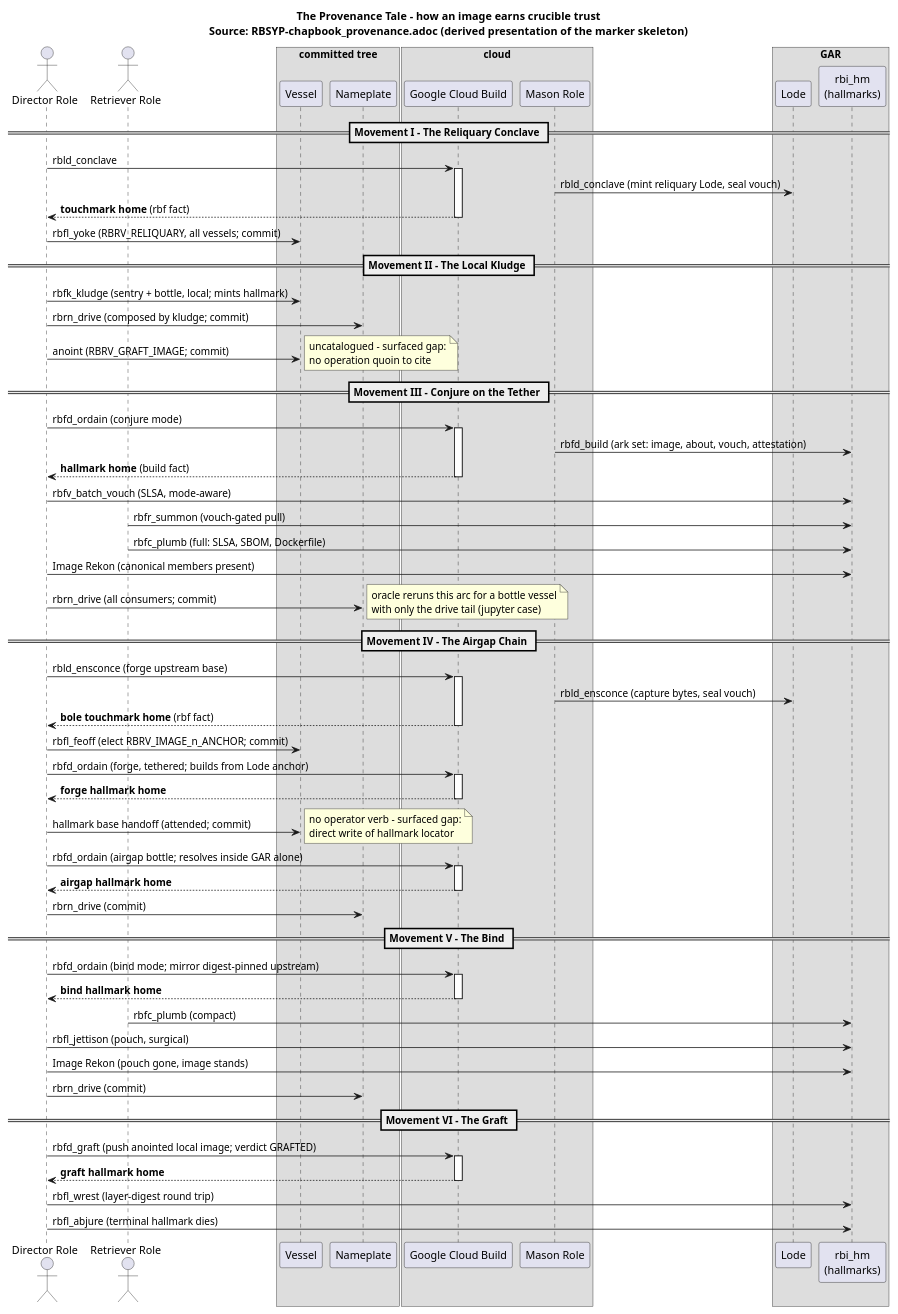
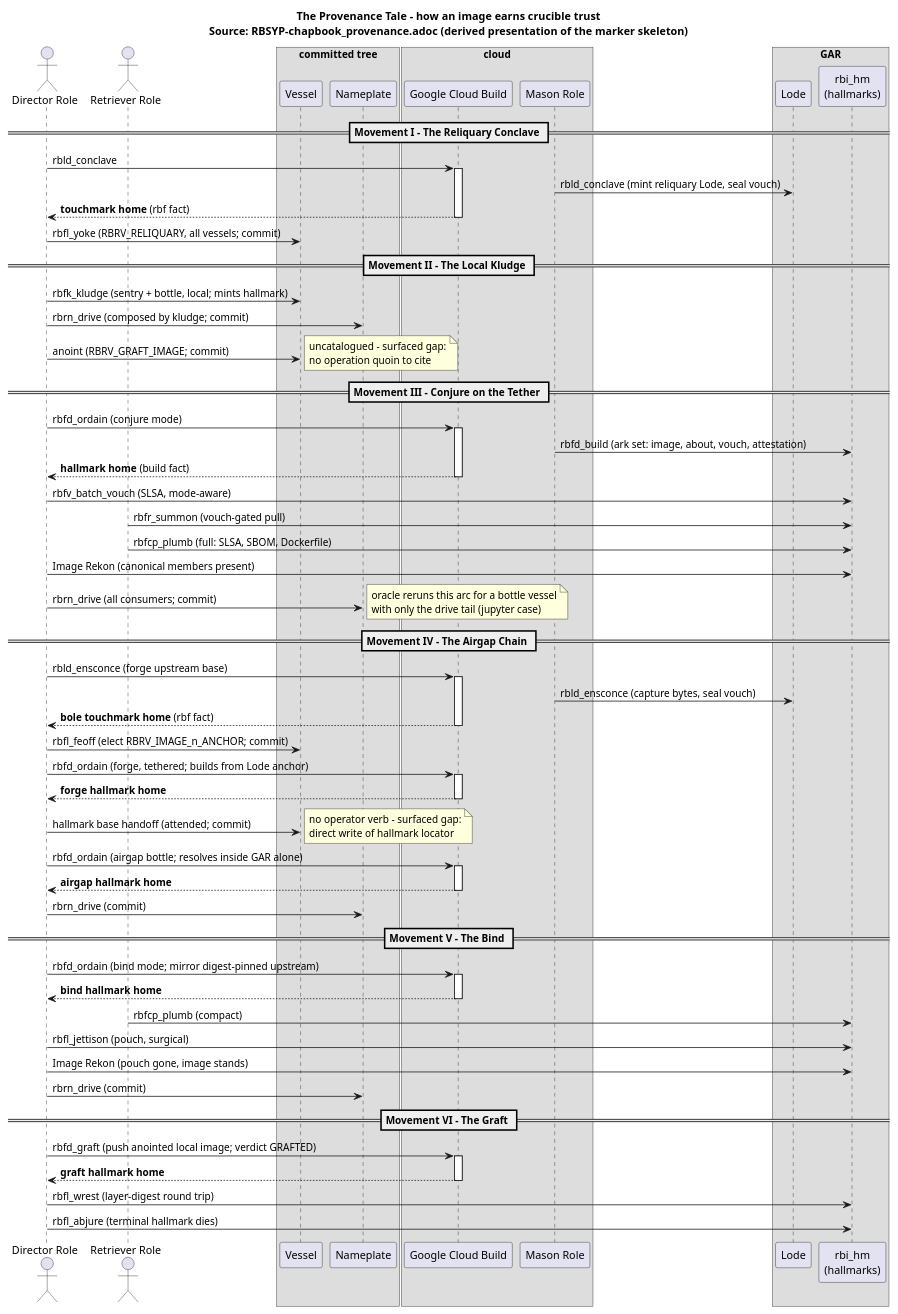
Before and after one commit to bhyslop/recipemuster: the diagram in vov_veiled/diagrams/rbdgp_provenance-tale.puml, drawn with PlantUML. The commit also changed 51 other files, not shown here.

```diff
--- a/vov_veiled/diagrams/rbdgp_provenance-tale.puml
+++ b/vov_veiled/diagrams/rbdgp_provenance-tale.puml
@@ -1,89 +1,89 @@
 @startuml
 title The Provenance Tale - how an image earns crucible trust\nSource: RBSYP-chapbook_provenance.adoc (derived presentation of the marker skeleton)
 
 actor "Director Role" as DIR
 actor "Retriever Role" as RET
 box "committed tree"
 participant "Vessel" as VES
 participant "Nameplate" as NPL
 end box
 box "cloud"
 participant "Google Cloud Build" as GCB
 participant "Mason Role" as MAS
 end box
 box "GAR"
 participant "Lode" as LODE
 participant "rbi_hm\n(hallmarks)" as HM
 end box
 
 == Movement I - The Reliquary Conclave ==
 
 DIR -> GCB : rbld_conclave
 activate GCB
 MAS -> LODE : rbld_conclave (mint reliquary Lode, seal vouch)
 GCB --> DIR : **touchmark home** (rbf fact)
 deactivate GCB
 DIR -> VES : rbfl_yoke (RBRV_RELIQUARY, all vessels; commit)
 
 == Movement II - The Local Kludge ==
 
 DIR -> VES : rbfk_kludge (sentry + bottle, local; mints hallmark)
 DIR -> NPL : rbrn_drive (composed by kludge; commit)
 DIR -> VES : anoint (RBRV_GRAFT_IMAGE; commit)
 note right : uncatalogued - surfaced gap:\nno operation quoin to cite
 
 == Movement III - Conjure on the Tether ==
 
 DIR -> GCB : rbfd_ordain (conjure mode)
 activate GCB
 MAS -> HM : rbfd_build (ark set: image, about, vouch, attestation)
 GCB --> DIR : **hallmark home** (build fact)
 deactivate GCB
 DIR -> HM : rbfv_batch_vouch (SLSA, mode-aware)
 RET -> HM : rbfr_summon (vouch-gated pull)
-RET -> HM : rbfc_plumb (full: SLSA, SBOM, Dockerfile)
+RET -> HM : rbfcp_plumb (full: SLSA, SBOM, Dockerfile)
 DIR -> HM : Image Rekon (canonical members present)
 DIR -> NPL : rbrn_drive (all consumers; commit)
 note right : oracle reruns this arc for a bottle vessel\nwith only the drive tail (jupyter case)
 
 == Movement IV - The Airgap Chain ==
 
 DIR -> GCB : rbld_ensconce (forge upstream base)
 activate GCB
 MAS -> LODE : rbld_ensconce (capture bytes, seal vouch)
 GCB --> DIR : **bole touchmark home** (rbf fact)
 deactivate GCB
 DIR -> VES : rbfl_feoff (elect RBRV_IMAGE_n_ANCHOR; commit)
 DIR -> GCB : rbfd_ordain (forge, tethered; builds from Lode anchor)
 activate GCB
 GCB --> DIR : **forge hallmark home**
 deactivate GCB
 DIR -> VES : hallmark base handoff (attended; commit)
 note right : no operator verb - surfaced gap:\ndirect write of hallmark locator
 DIR -> GCB : rbfd_ordain (airgap bottle; resolves inside GAR alone)
 activate GCB
 GCB --> DIR : **airgap hallmark home**
 deactivate GCB
 DIR -> NPL : rbrn_drive (commit)
 
 == Movement V - The Bind ==
 
 DIR -> GCB : rbfd_ordain (bind mode; mirror digest-pinned upstream)
 activate GCB
 GCB --> DIR : **bind hallmark home**
 deactivate GCB
-RET -> HM : rbfc_plumb (compact)
+RET -> HM : rbfcp_plumb (compact)
 DIR -> HM : rbfl_jettison (pouch, surgical)
 DIR -> HM : Image Rekon (pouch gone, image stands)
 DIR -> NPL : rbrn_drive (commit)
 
 == Movement VI - The Graft ==
 
 DIR -> GCB : rbfd_graft (push anointed local image; verdict GRAFTED)
 activate GCB
 GCB --> DIR : **graft hallmark home**
 deactivate GCB
 DIR -> HM : rbfl_wrest (layer-digest round trip)
 DIR -> HM : rbfl_abjure (terminal hallmark dies)
 
 @enduml
```
